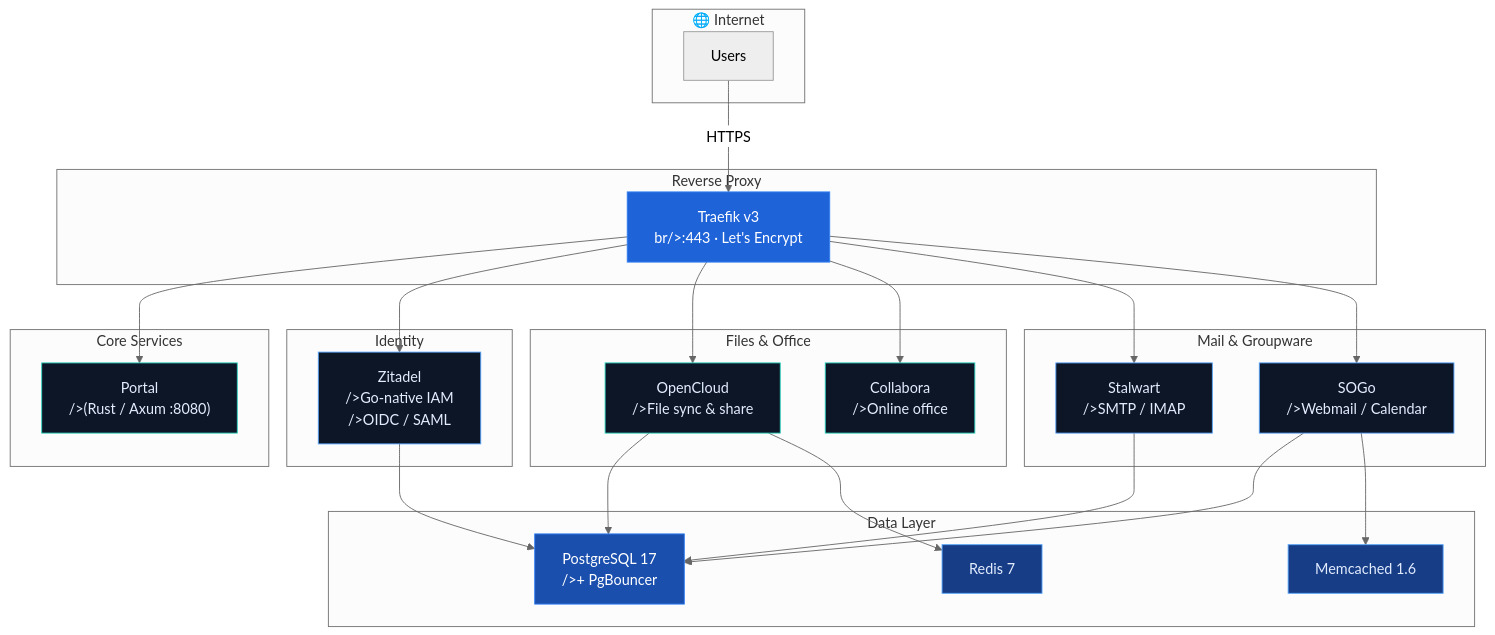
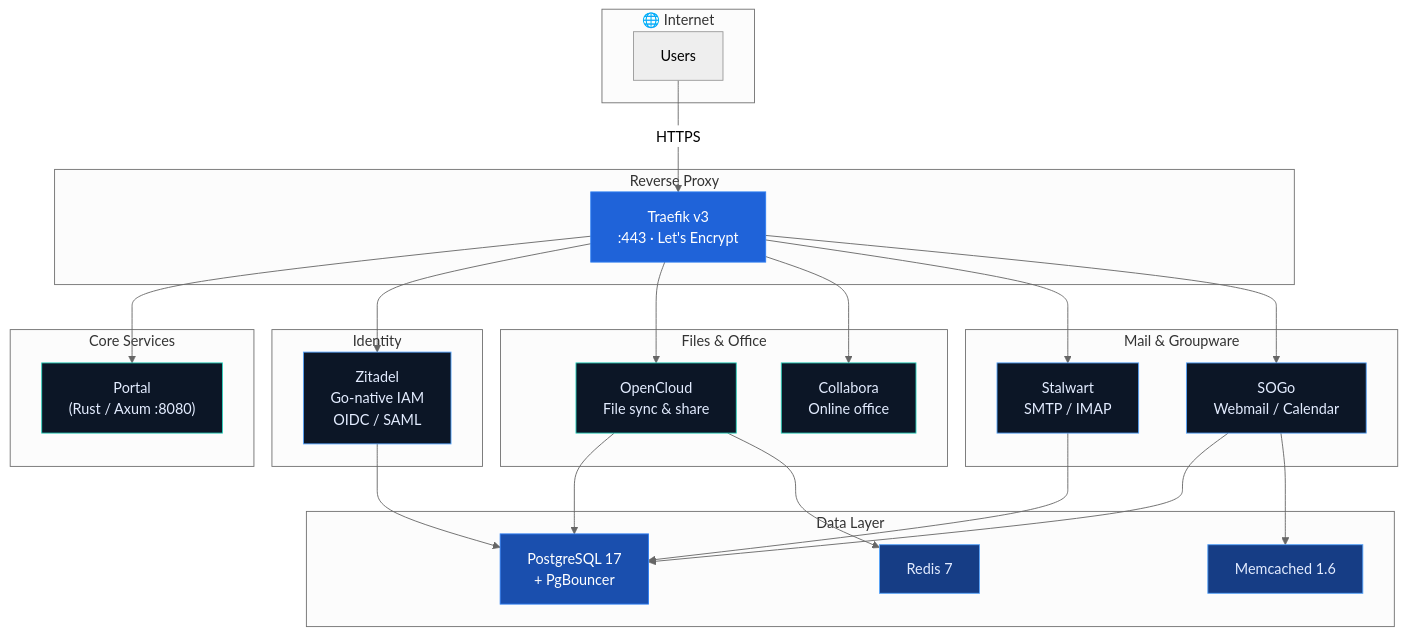
One commit to tobias-weiss-ai-xr/opendesk-compose changed the diagram in README.md. Above: the diagram before and after it, drawn with Mermaid (neutral theme). The commit also changed other lines of this file and 6 other files, not shown here.

First line of the commit message:
fix: remove stale Keycloak references, fix mermaid diagram and HTML

````diff
--- a/README.md
+++ b/README.md
@@ -69,60 +69,60 @@
 ```mermaid
 graph TB
     subgraph Internet ["🌐 Internet"]
         Client["Users"]
     end
 
     subgraph Proxy ["Reverse Proxy"]
-        Traefik["Traefik v3\nbr/>:443 · Let's Encrypt"]
+        Traefik["Traefik v3<br/>:443 · Let's Encrypt"]
     end
 
     subgraph Core ["Core Services"]
-        Portal["Portal\n/>(Rust / Axum :8080)"]
+        Portal["Portal<br/>(Rust / Axum :8080)"]
     end
 
     subgraph IAM ["Identity"]
-        Zitadel["Zitadel\n/>Go-native IAM\n/>OIDC / SAML"]
+        Zitadel["Zitadel<br/>Go-native IAM<br/>OIDC / SAML"]
     end
 
     subgraph Files ["Files & Office"]
-        OpenCloud["OpenCloud\n/>File sync & share"]
-        Collabora["Collabora\n/>Online office"]
+        OpenCloud["OpenCloud<br/>File sync & share"]
+        Collabora["Collabora<br/>Online office"]
     end
 
     subgraph Mail ["Mail & Groupware"]
-        Stalwart["Stalwart\n/>SMTP / IMAP"]
-        SOGo["SOGo\n/>Webmail / Calendar"]
+        Stalwart["Stalwart<br/>SMTP / IMAP"]
+        SOGo["SOGo<br/>Webmail / Calendar"]
     end
 
     subgraph Data ["Data Layer"]
-        Postgres["PostgreSQL 17\n/>+ PgBouncer"]
+        Postgres["PostgreSQL 17<br/>+ PgBouncer"]
         Redis["Redis 7"]
         Memcached["Memcached 1.6"]
     end
 
     Client -->|"HTTPS"| Traefik
     Traefik --> Portal
     Traefik --> Zitadel
     Traefik --> OpenCloud
     Traefik --> Collabora
     Traefik --> Stalwart
     Traefik --> SOGo
 
     Zitadel --> Postgres
     OpenCloud --> Postgres
     OpenCloud --> Redis
     SOGo --> Postgres
     SOGo --> Memcached
     Stalwart --> Postgres
 
     style Traefik fill:#1f63d9,stroke:#2f7ff2,color:#fff
     style Portal fill:#0c1626,stroke:#2dd4bf,color:#e3ecff
     style Zitadel fill:#0c1626,stroke:#55a3fb,color:#e3ecff
     style OpenCloud fill:#0c1626,stroke:#2dd4bf,color:#e3ecff
     style Collabora fill:#0c1626,stroke:#2dd4bf,color:#e3ecff
     style Stalwart fill:#0c1626,stroke:#55a3fb,color:#e3ecff
     style SOGo fill:#0c1626,stroke:#55a3fb,color:#e3ecff
     style Postgres fill:#1a4fae,stroke:#2f7ff2,color:#fff
     style Redis fill:#163d85,stroke:#55a3fb,color:#e3ecff
     style Memcached fill:#163d85,stroke:#55a3fb,color:#e3ecff
 ```
````
